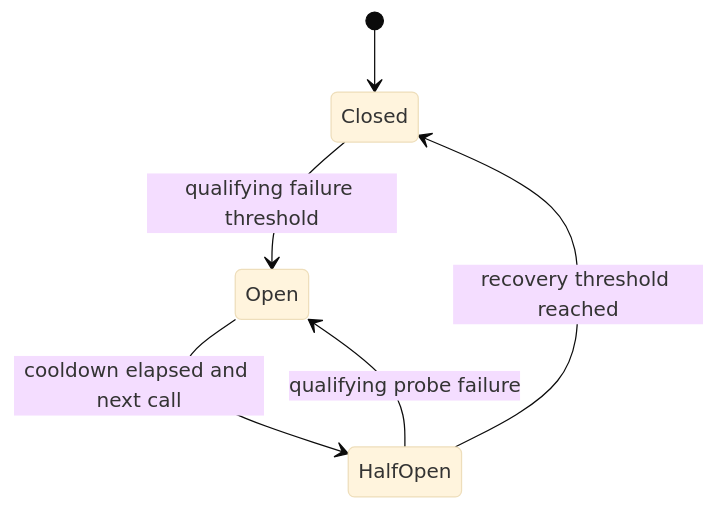
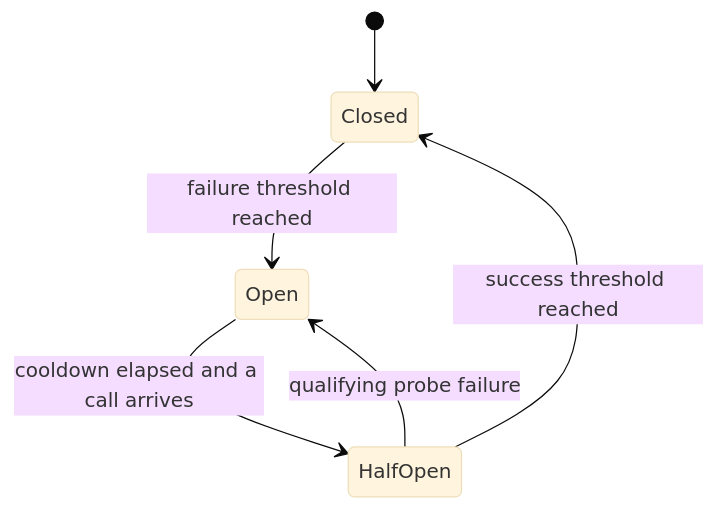
The diagram in docs/src/content/docs/guides/circuit-breaker.md (pplnd/core), drawn with Mermaid (base theme) before and after one commit. The commit also changed other lines of this file and 63 other files, not shown here.

````diff
--- a/docs/src/content/docs/guides/circuit-breaker.md
+++ b/docs/src/content/docs/guides/circuit-breaker.md
@@ -31,9 +43,9 @@
 ```mermaid
 stateDiagram-v2
   direction TB
   [*] --> Closed
-  Closed --> Open : qualifying failure threshold
-  Open --> HalfOpen : cooldown elapsed and next call
+  Closed --> Open : failure threshold reached
+  Open --> HalfOpen : cooldown elapsed and a call arrives
+  HalfOpen --> Closed : success threshold reached
   HalfOpen --> Open : qualifying probe failure
-  HalfOpen --> Closed : recovery threshold reached
 ```
````
